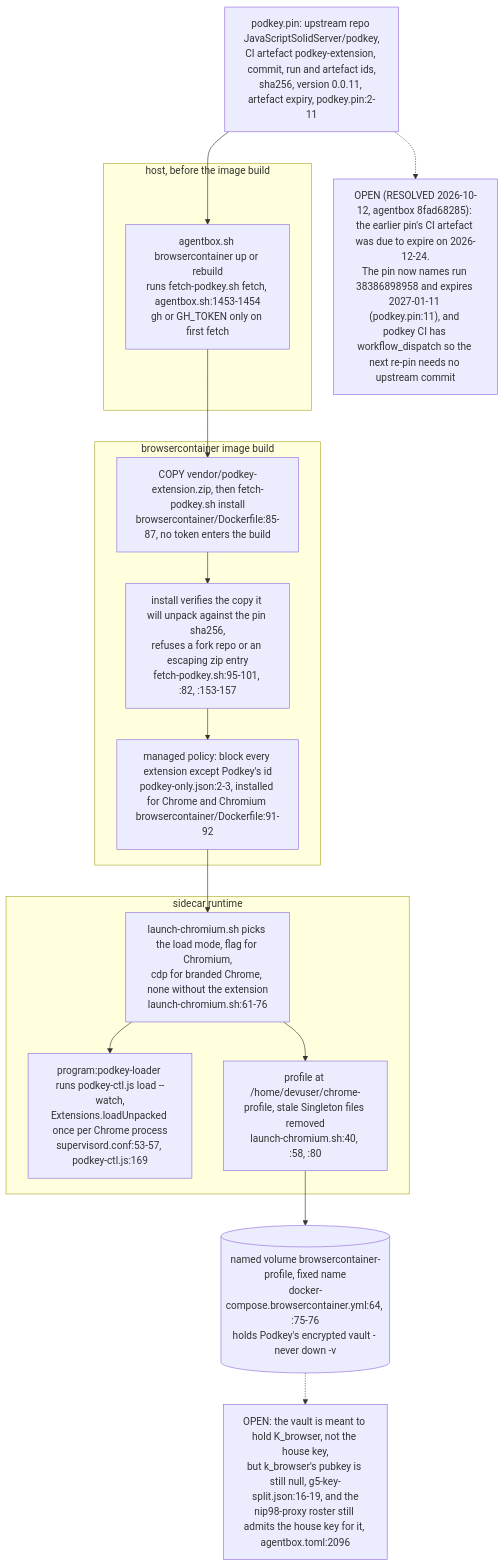
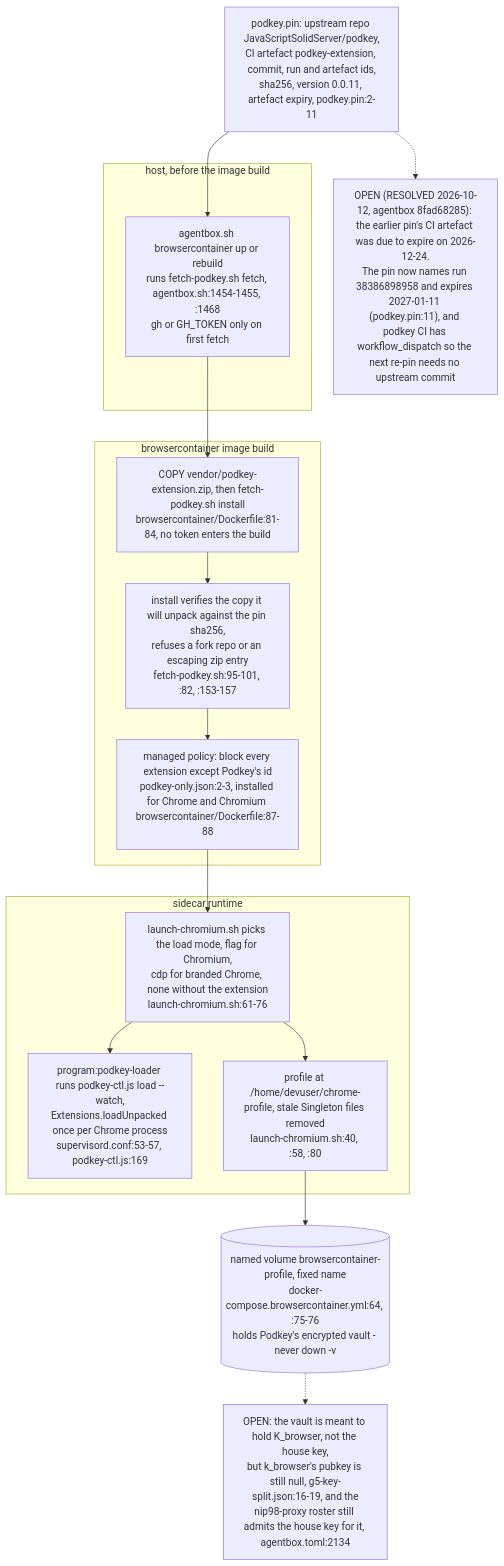
Diagram 12 of 14 in docs/diagrams/agentbox/06-sidecars-and-compose-overlays.md (DreamLab-AI/VisionFlow), drawn with Mermaid before and after one commit. The commit also changed other lines of this file and 173 other files, not shown here.

````diff
--- a/docs/diagrams/agentbox/06-sidecars-and-compose-overlays.md
+++ b/docs/diagrams/agentbox/06-sidecars-and-compose-overlays.md
@@ -347,22 +347,22 @@
 ```mermaid
 flowchart TB
     PIN["podkey.pin: upstream repo JavaScriptSolidServer/podkey,<br/>CI artefact podkey-extension, commit, run and artefact ids,<br/>sha256, version 0.0.11, artefact expiry, podkey.pin:2-11"]
     subgraph HOST["host, before the image build"]
-        F1["agentbox.sh browsercontainer up or rebuild<br/>runs fetch-podkey.sh fetch, agentbox.sh:1453-1454<br/>gh or GH_TOKEN only on first fetch"]
+        F1["agentbox.sh browsercontainer up or rebuild<br/>runs fetch-podkey.sh fetch, agentbox.sh:1454-1455, :1468<br/>gh or GH_TOKEN only on first fetch"]
     end
     subgraph IMG["browsercontainer image build"]
-        D1["COPY vendor/podkey-extension.zip, then fetch-podkey.sh install<br/>browsercontainer/Dockerfile:85-87, no token enters the build"]
+        D1["COPY vendor/podkey-extension.zip, then fetch-podkey.sh install<br/>browsercontainer/Dockerfile:81-84, no token enters the build"]
         D2["install verifies the copy it will unpack against the pin sha256,<br/>refuses a fork repo or an escaping zip entry<br/>fetch-podkey.sh:95-101, :82, :153-157"]
-        D3["managed policy: block every extension except Podkey's id<br/>podkey-only.json:2-3, installed for Chrome and Chromium browsercontainer/Dockerfile:91-92"]
+        D3["managed policy: block every extension except Podkey's id<br/>podkey-only.json:2-3, installed for Chrome and Chromium browsercontainer/Dockerfile:87-88"]
     end
     subgraph RUN["sidecar runtime"]
         L1["launch-chromium.sh picks the load mode, flag for Chromium,<br/>cdp for branded Chrome, none without the extension<br/>launch-chromium.sh:61-76"]
         L2["program:podkey-loader runs podkey-ctl.js load --watch,<br/>Extensions.loadUnpacked once per Chrome process<br/>supervisord.conf:53-57, podkey-ctl.js:169"]
         L3["profile at /home/devuser/chrome-profile, stale Singleton files removed<br/>launch-chromium.sh:40, :58, :80"]
     end
     VOL[("named volume browsercontainer-profile, fixed name<br/>docker-compose.browsercontainer.yml:64, :75-76<br/>holds Podkey's encrypted vault - never down -v")]
     PIN --> F1 --> D1 --> D2 --> D3 --> L1 --> L2
     L1 --> L3 --> VOL
-    VOL -.-> OPEN1["OPEN: the vault is meant to hold K_browser, not the house key,<br/>but k_browser's pubkey is still null, g5-key-split.json:16-19, and the<br/>nip98-proxy roster still admits the house key for it, agentbox.toml:2096"]
+    VOL -.-> OPEN1["OPEN: the vault is meant to hold K_browser, not the house key,<br/>but k_browser's pubkey is still null, g5-key-split.json:16-19, and the<br/>nip98-proxy roster still admits the house key for it, agentbox.toml:2134"]
     PIN -.-> OPEN2["OPEN (RESOLVED 2026-10-12, agentbox 8fad68285): the earlier pin's CI artefact was due to expire on 2026-12-24.<br/>The pin now names run 38386898958 and expires 2027-01-11 (podkey.pin:11), and podkey CI has workflow_dispatch so the next re-pin needs no upstream commit"]
 ```
````
